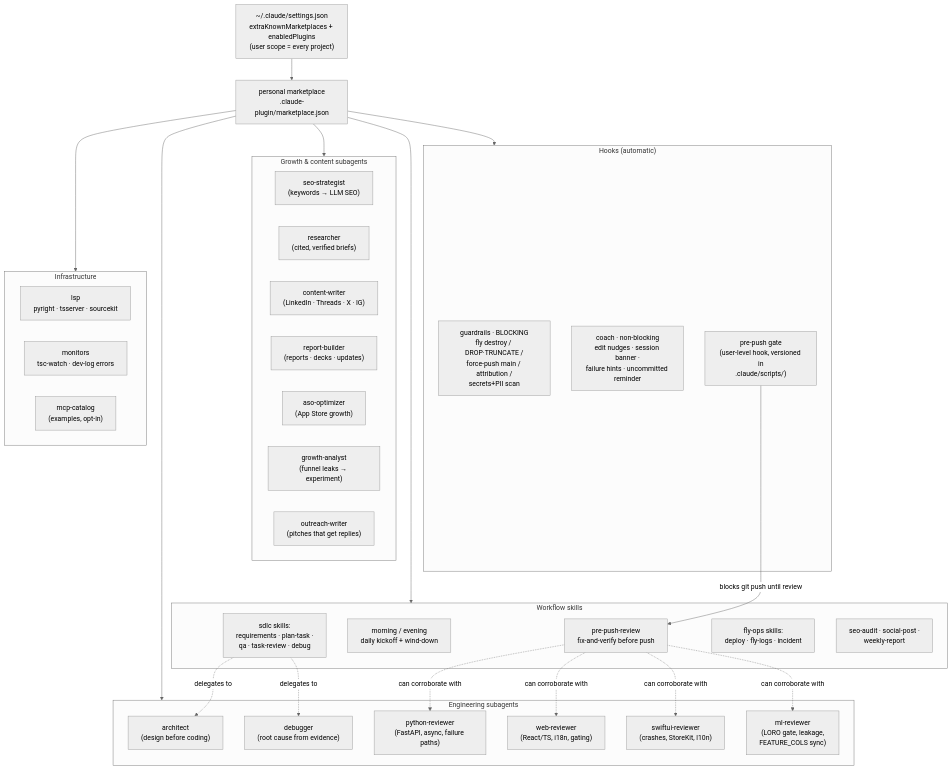
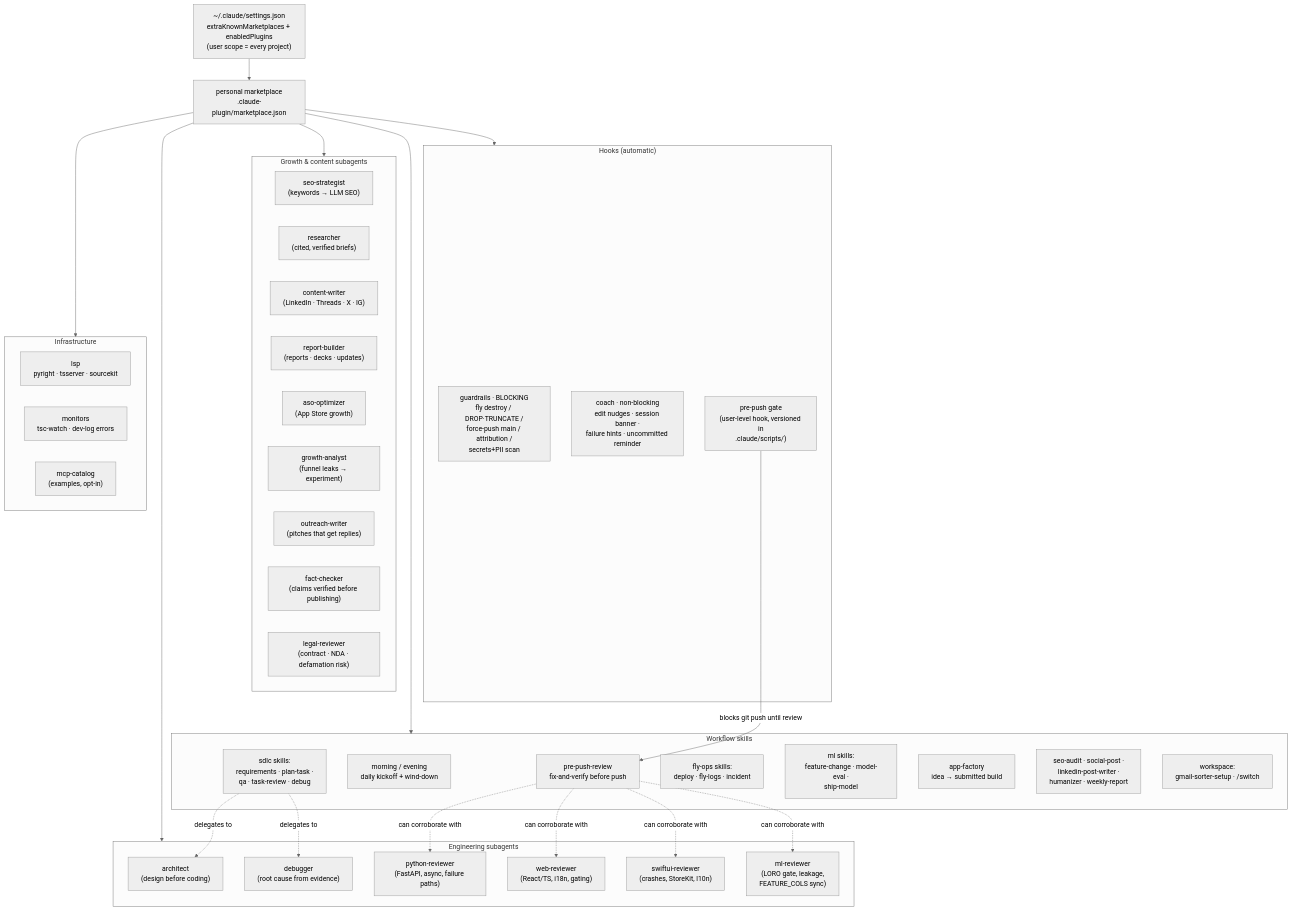
The first of 2 diagrams in README.md (kulykivska/claude-plugins), drawn with Mermaid (neutral theme) before and after one commit. The commit also changed other lines of this file and 3 other files, not shown here.

First line of the commit message:
docs: regenerate the architecture from the repo, and fix the README drift

````diff
--- a/README.md
+++ b/README.md
@@ -74,59 +90,64 @@
 ```mermaid
 flowchart TB
     settings["~/.claude/settings.json<br/>extraKnownMarketplaces + enabledPlugins<br/>(user scope = every project)"]
     mp["personal marketplace<br/>.claude-plugin/marketplace.json"]
     settings --> mp
 
     subgraph workflow["Workflow skills"]
         ppr["pre-push-review<br/>fix-and-verify before push"]
         morn["morning / evening<br/>daily kickoff + wind-down"]
         sdlcS["sdlc skills:<br/>requirements · plan-task ·<br/>qa · task-review · debug"]
         flyops["fly-ops skills:<br/>deploy · fly-logs · incident"]
-        bizS["seo-audit · social-post ·<br/>weekly-report"]
+        mlS["ml skills:<br/>feature-change · model-eval ·<br/>ship-model"]
+        appf["app-factory<br/>idea → submitted build"]
+        bizS["seo-audit · social-post ·<br/>linkedin-post-writer ·<br/>humanizer · weekly-report"]
+        wsS["workspace:<br/>gmail-sorter-setup · /switch"]
     end
 
     subgraph agents["Engineering subagents"]
         arch["architect<br/>(design before coding)"]
         dbg["debugger<br/>(root cause from evidence)"]
         pyr["python-reviewer<br/>(FastAPI, async, failure paths)"]
         webr["web-reviewer<br/>(React/TS, i18n, gating)"]
         swiftr["swiftui-reviewer<br/>(crashes, StoreKit, l10n)"]
         mlr["ml-reviewer<br/>(LORO gate, leakage,<br/>FEATURE_COLS sync)"]
     end
 
     subgraph growth["Growth & content subagents"]
         seoA["seo-strategist<br/>(keywords → LLM SEO)"]
         resA["researcher<br/>(cited, verified briefs)"]
         cwA["content-writer<br/>(LinkedIn · Threads · X · IG)"]
         rbA["report-builder<br/>(reports · decks · updates)"]
         asoA["aso-optimizer<br/>(App Store growth)"]
         gaA["growth-analyst<br/>(funnel leaks → experiment)"]
         owA["outreach-writer<br/>(pitches that get replies)"]
+        fcA["fact-checker<br/>(claims verified before publishing)"]
+        lrA["legal-reviewer<br/>(contract · NDA · defamation risk)"]
     end
 
     subgraph hooks["Hooks (automatic)"]
         guard["guardrails · BLOCKING<br/>fly destroy / DROP·TRUNCATE /<br/>force-push main / attribution /<br/>secrets+PII scan"]
         coachh["coach · non-blocking<br/>edit nudges · session banner ·<br/>failure hints · uncommitted reminder"]
         gate["pre-push gate<br/>(user-level hook, versioned in<br/>.claude/scripts/)"]
     end
 
     subgraph infra["Infrastructure"]
         lspP["lsp<br/>pyright · tsserver · sourcekit"]
         mon["monitors<br/>tsc-watch · dev-log errors"]
         mcpC["mcp-catalog<br/>(examples, opt-in)"]
     end
 
     mp --> workflow
     mp --> agents
     mp --> growth
     mp --> hooks
     mp --> infra
 
     sdlcS -. delegates to .-> arch
     sdlcS -. delegates to .-> dbg
     ppr -. can corroborate with .-> pyr
     ppr -. can corroborate with .-> webr
     ppr -. can corroborate with .-> swiftr
     ppr -. can corroborate with .-> mlr
     gate -- blocks git push until review --> ppr
 ```
````
